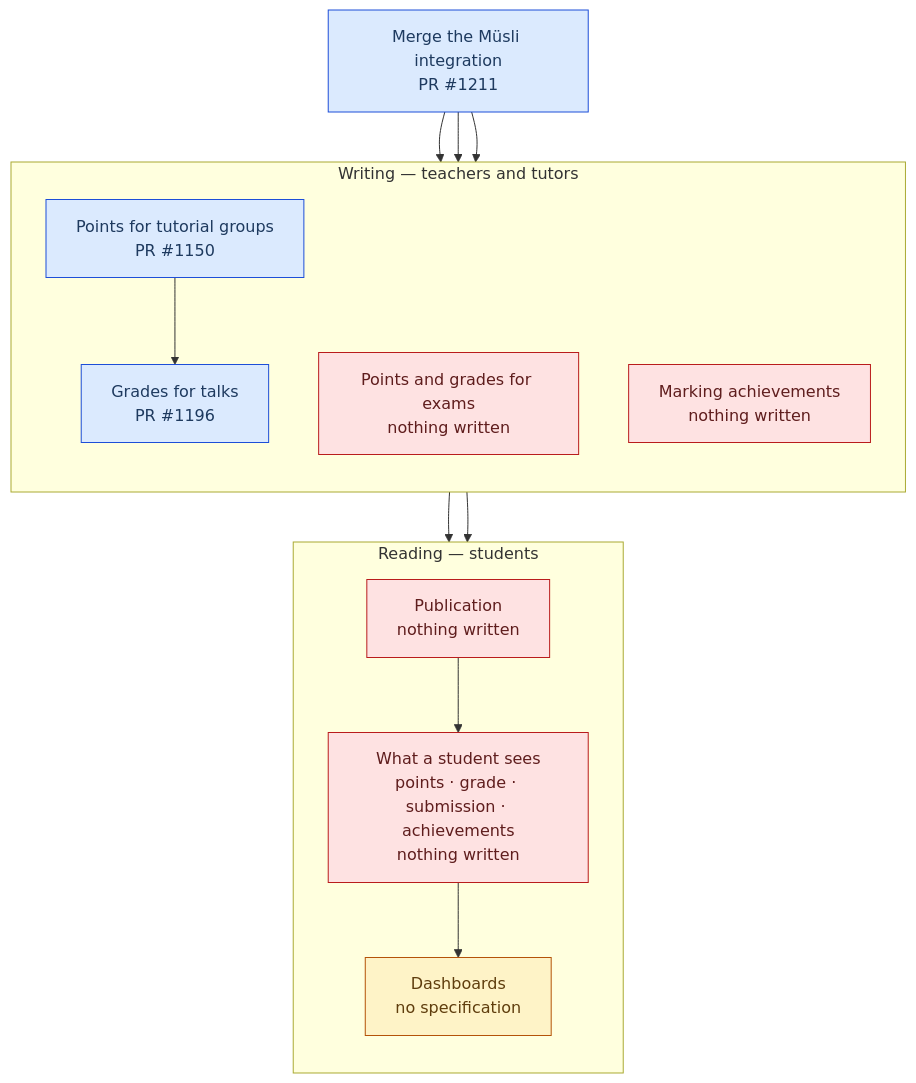
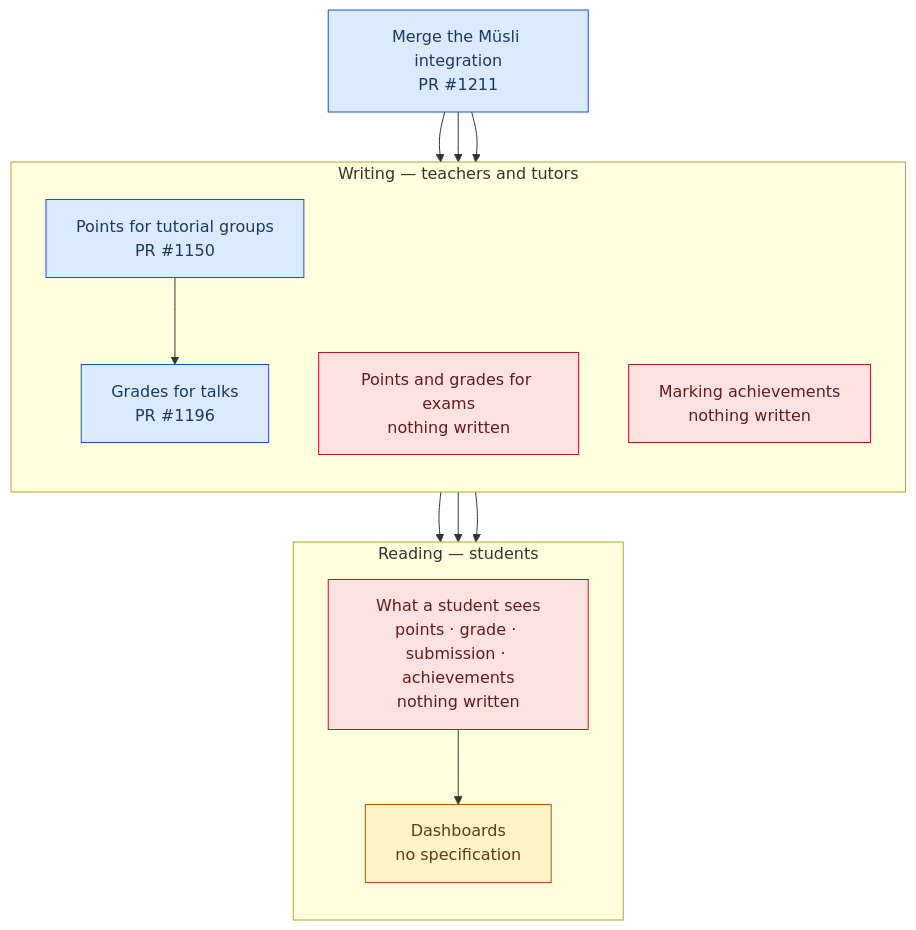
Before and after one commit to MaMpf-HD/mampf: the diagram in architecture/src/features/roadmap.md, drawn with Mermaid. The commit also changed other lines of this file, not shown here.

Commit message:
Clarify publication and student visibility sections

````diff
--- a/architecture/src/features/roadmap.md
+++ b/architecture/src/features/roadmap.md
@@ -43,34 +43,33 @@
 ```mermaid
 graph TD
     I["Merge the Müsli integration<br/>PR #1211"]
 
     subgraph Writing["Writing — teachers and tutors"]
         direction TB
         TUT["Points for tutorial groups<br/>PR #1150"]
         TALK["Grades for talks<br/>PR #1196"]
         EXAM["Points and grades for exams<br/>nothing written"]
         ACH["Marking achievements<br/>nothing written"]
     end
 
     subgraph Reading["Reading — students"]
         direction TB
-        PUB["Publication<br/>nothing written"]
         RES["What a student sees<br/>points · grade · submission · achievements<br/>nothing written"]
         DASH["Dashboards<br/>no specification"]
     end
 
     I --> TUT --> TALK
     I --> EXAM
     I --> ACH
-    TUT --> PUB
-    EXAM --> PUB
-    PUB --> RES
+    TUT --> RES
+    EXAM --> RES
+    ACH --> RES
     RES --> DASH
 
     classDef inpr fill:#dbeafe,stroke:#1d4ed8,color:#1e3a5f
     classDef todo fill:#fee2e2,stroke:#b91c1c,color:#5f1d1d
     classDef spec fill:#fef3c7,stroke:#b45309,color:#5f3d0d
     class I,TUT,TALK inpr
-    class EXAM,ACH,PUB,RES todo
+    class EXAM,ACH,RES todo
     class DASH spec
 ```
````
